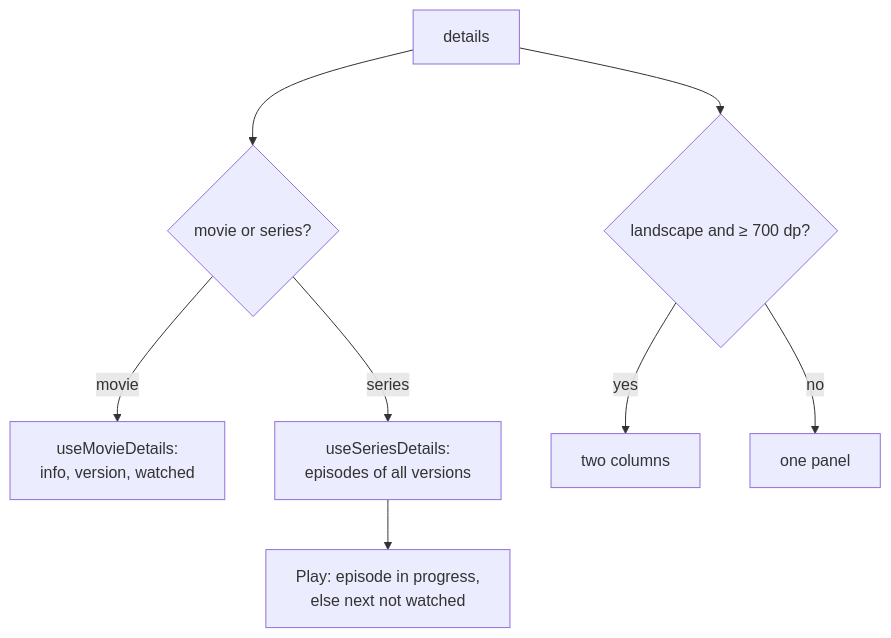
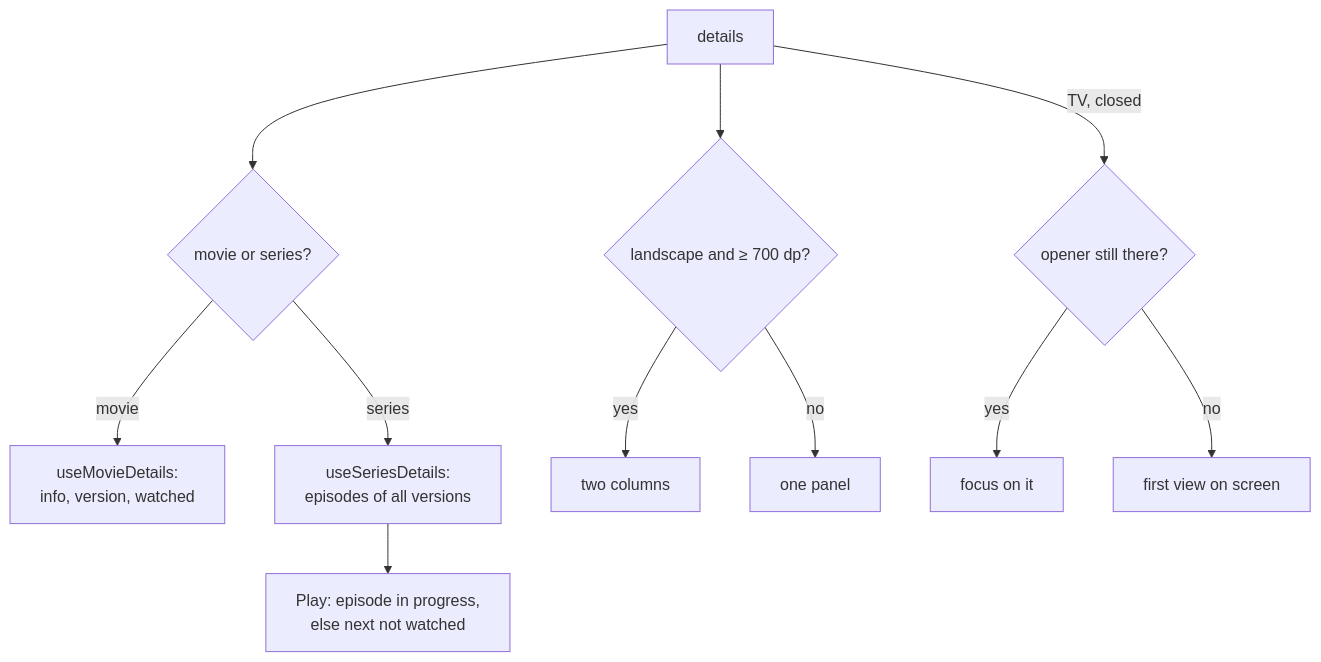
Before and after one commit to brunoccst/iptv-player: diagram 18 of 44 in documentation/FEATURES-TECHNICAL.md, drawn with Mermaid. The commit also changed other lines of this file and 12 other files, not shown here.

````diff
--- a/documentation/FEATURES-TECHNICAL.md
+++ b/documentation/FEATURES-TECHNICAL.md
@@ -327,10 +327,13 @@
 ```mermaid
 flowchart TD
   D[details] --> M{movie or series?}
   M -->|movie| UM["useMovieDetails:<br/>info, version, watched"]
   M -->|series| US["useSeriesDetails:<br/>episodes of all versions"]
   US --> P["Play: episode in progress,<br/>else next not watched"]
   D --> W{"landscape and ≥ 700 dp?"}
   W -->|yes| T[two columns]
   W -->|no| O[one panel]
+  D -->|TV, closed| F{"opener still there?"}
+  F -->|yes| FO[focus on it]
+  F -->|no| FF[first view on screen]
 ```
````
